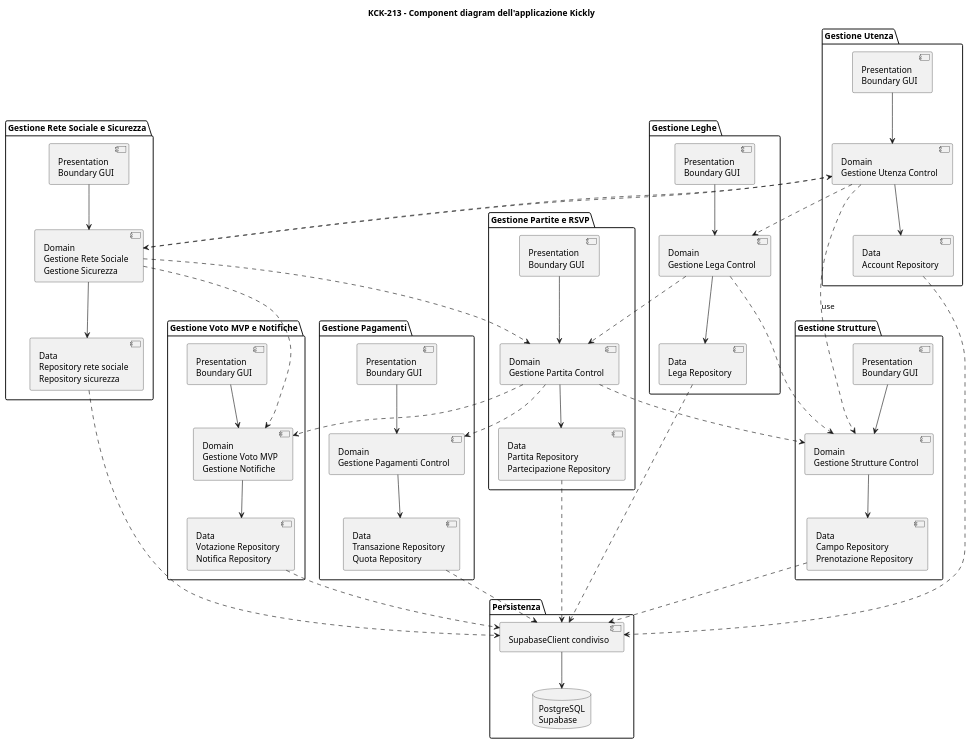
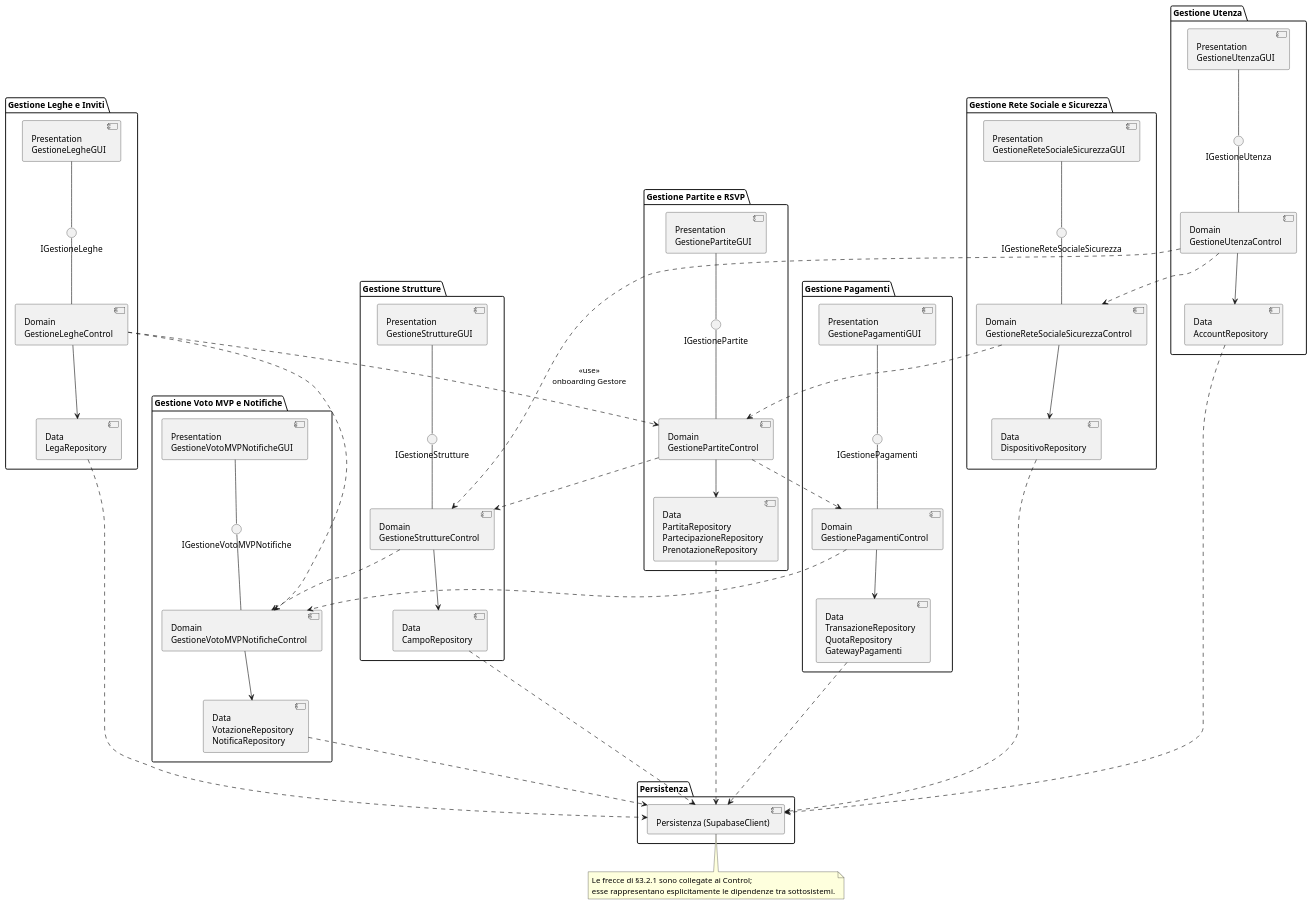
Before and after one commit to UnisaKickly/kickly: the diagram in docs/sdd/component.puml, drawn with PlantUML. The commit also changed 1 other file, not shown here.

Commit message:
docs: KCK-213 applica correzioni review su component e deployment diagram

```diff
--- a/docs/sdd/component.puml
+++ b/docs/sdd/component.puml
@@ -1,92 +1,100 @@
 @startuml
-title KCK-213 - Component diagram dell'applicazione Kickly
-
-' Questo diagramma mostra i sottosistemi dell'SDD v1.0.
-' Ogni sottosistema separa GUI, Control e Repository secondo
-' Presentation / Domain / Data, come richiesto da AGENTS.md.
 package "Gestione Utenza" {
-  component "Presentation\nBoundary GUI" as UtenzaGUI
-  component "Domain\nGestione Utenza Control" as UtenzaControl
-  component "Data\nAccount Repository" as UtenzaRepository
-  UtenzaGUI --> UtenzaControl
+  component "Presentation\nGestioneUtenzaGUI" as UtenzaGUI
+  component "Domain\nGestioneUtenzaControl" as UtenzaControl
+  component "Data\nAccountRepository" as UtenzaRepository
+  interface "IGestioneUtenza" as IUtenza
+  UtenzaGUI --() IUtenza
+  IUtenza -- UtenzaControl
   UtenzaControl --> UtenzaRepository
 }
 
-package "Gestione Leghe" {
-  component "Presentation\nBoundary GUI" as LegheGUI
-  component "Domain\nGestione Lega Control" as LegheControl
-  component "Data\nLega Repository" as LegheRepository
-  LegheGUI --> LegheControl
+package "Gestione Leghe e Inviti" {
+  component "Presentation\nGestioneLegheGUI" as LegheGUI
+  component "Domain\nGestioneLegheControl" as LegheControl
+  component "Data\nLegaRepository" as LegheRepository
+  interface "IGestioneLeghe" as ILeghe
+  LegheGUI --() ILeghe
+  ILeghe -- LegheControl
   LegheControl --> LegheRepository
 }
 
 package "Gestione Rete Sociale e Sicurezza" {
-  component "Presentation\nBoundary GUI" as ReteSicurezzaGUI
-  component "Domain\nGestione Rete Sociale\nGestione Sicurezza" as ReteSicurezzaControl
-  component "Data\nRepository rete sociale\nRepository sicurezza" as ReteSicurezzaRepository
-  ReteSicurezzaGUI --> ReteSicurezzaControl
+  component "Presentation\nGestioneReteSocialeSicurezzaGUI" as ReteSicurezzaGUI
+  component "Domain\nGestioneReteSocialeSicurezzaControl" as ReteSicurezzaControl
+  component "Data\nDispositivoRepository" as ReteSicurezzaRepository
+  interface "IGestioneReteSocialeSicurezza" as IReteSicurezza
+  ReteSicurezzaGUI --() IReteSicurezza
+  IReteSicurezza -- ReteSicurezzaControl
   ReteSicurezzaControl --> ReteSicurezzaRepository
 }
 
 package "Gestione Partite e RSVP" {
-  component "Presentation\nBoundary GUI" as PartiteGUI
-  component "Domain\nGestione Partita Control" as PartiteControl
-  component "Data\nPartita Repository\nPartecipazione Repository" as PartiteRepository
-  PartiteGUI --> PartiteControl
+  component "Presentation\nGestionePartiteGUI" as PartiteGUI
+  component "Domain\nGestionePartiteControl" as PartiteControl
+  component "Data\nPartitaRepository\nPartecipazioneRepository\nPrenotazioneRepository" as PartiteRepository
+  interface "IGestionePartite" as IPartite
+  PartiteGUI --() IPartite
+  IPartite -- PartiteControl
   PartiteControl --> PartiteRepository
 }
 
 package "Gestione Strutture" {
-  component "Presentation\nBoundary GUI" as StruttureGUI
-  component "Domain\nGestione Strutture Control" as StruttureControl
-  component "Data\nCampo Repository\nPrenotazione Repository" as StruttureRepository
-  StruttureGUI --> StruttureControl
+  component "Presentation\nGestioneStruttureGUI" as StruttureGUI
+  component "Domain\nGestioneStruttureControl" as StruttureControl
+  component "Data\nCampoRepository" as StruttureRepository
+  interface "IGestioneStrutture" as IStrutture
+  StruttureGUI --() IStrutture
+  IStrutture -- StruttureControl
   StruttureControl --> StruttureRepository
 }
 
 package "Gestione Voto MVP e Notifiche" {
-  component "Presentation\nBoundary GUI" as VotoNotificheGUI
-  component "Domain\nGestione Voto MVP\nGestione Notifiche" as VotoNotificheControl
-  component "Data\nVotazione Repository\nNotifica Repository" as VotoNotificheRepository
-  VotoNotificheGUI --> VotoNotificheControl
+  component "Presentation\nGestioneVotoMVPNotificheGUI" as VotoNotificheGUI
+  component "Domain\nGestioneVotoMVPNotificheControl" as VotoNotificheControl
+  component "Data\nVotazioneRepository\nNotificaRepository" as VotoNotificheRepository
+  interface "IGestioneVotoMVPNotifiche" as IVotoNotifiche
+  VotoNotificheGUI --() IVotoNotifiche
+  IVotoNotifiche -- VotoNotificheControl
   VotoNotificheControl --> VotoNotificheRepository
 }
 
 package "Gestione Pagamenti" {
-  component "Presentation\nBoundary GUI" as PagamentiGUI
-  component "Domain\nGestione Pagamenti Control" as PagamentiControl
-  component "Data\nTransazione Repository\nQuota Repository" as PagamentiRepository
-  PagamentiGUI --> PagamentiControl
+  component "Presentation\nGestionePagamentiGUI" as PagamentiGUI
+  component "Domain\nGestionePagamentiControl" as PagamentiControl
+  component "Data\nTransazioneRepository\nQuotaRepository\nGatewayPagamenti" as PagamentiRepository
+  interface "IGestionePagamenti" as IPagamenti
+  PagamentiGUI --() IPagamenti
+  IPagamenti -- PagamentiControl
   PagamentiControl --> PagamentiRepository
 }
 
-' La Persistenza espone il client condiviso Supabase a tutti i repository.
 package "Persistenza" {
-  database "PostgreSQL\nSupabase" as PostgresPersistenza
-  component "SupabaseClient condiviso" as SupabaseClient
-  SupabaseClient --> PostgresPersistenza
+  component "Persistenza (SupabaseClient)" as PersistenzaClient
 }
 
-' Dipendenze ammesse tra sottosistemi dal diagramma SDD.
-UtenzaControl ..> LegheControl
+' Dipendenze tra sottosistemi dall'SDD §3.2.1.
 UtenzaControl ..> ReteSicurezzaControl
-UtenzaControl ..> StruttureControl : use
+UtenzaControl ..> StruttureControl : «use»\nonboarding Gestore
 LegheControl ..> PartiteControl
-LegheControl ..> StruttureControl
-ReteSicurezzaControl ..> UtenzaControl
+LegheControl ..> VotoNotificheControl
 ReteSicurezzaControl ..> PartiteControl
-ReteSicurezzaControl ..> VotoNotificheControl
 PartiteControl ..> StruttureControl
-PartiteControl ..> VotoNotificheControl
 PartiteControl ..> PagamentiControl
+StruttureControl ..> VotoNotificheControl
+PagamentiControl ..> VotoNotificheControl
 
+note bottom
+Le frecce di §3.2.1 sono collegate ai Control;
+esse rappresentano esplicitamente le dipendenze tra sottosistemi.
+end note
 ' I repository accedono esclusivamente attraverso la Persistenza.
-UtenzaRepository ..> SupabaseClient
-LegheRepository ..> SupabaseClient
-ReteSicurezzaRepository ..> SupabaseClient
-PartiteRepository ..> SupabaseClient
-StruttureRepository ..> SupabaseClient
-VotoNotificheRepository ..> SupabaseClient
-PagamentiRepository ..> SupabaseClient
+UtenzaRepository ..> PersistenzaClient
+LegheRepository ..> PersistenzaClient
+ReteSicurezzaRepository ..> PersistenzaClient
+PartiteRepository ..> PersistenzaClient
+StruttureRepository ..> PersistenzaClient
+VotoNotificheRepository ..> PersistenzaClient
+PagamentiRepository ..> PersistenzaClient
 
 @enduml
```
